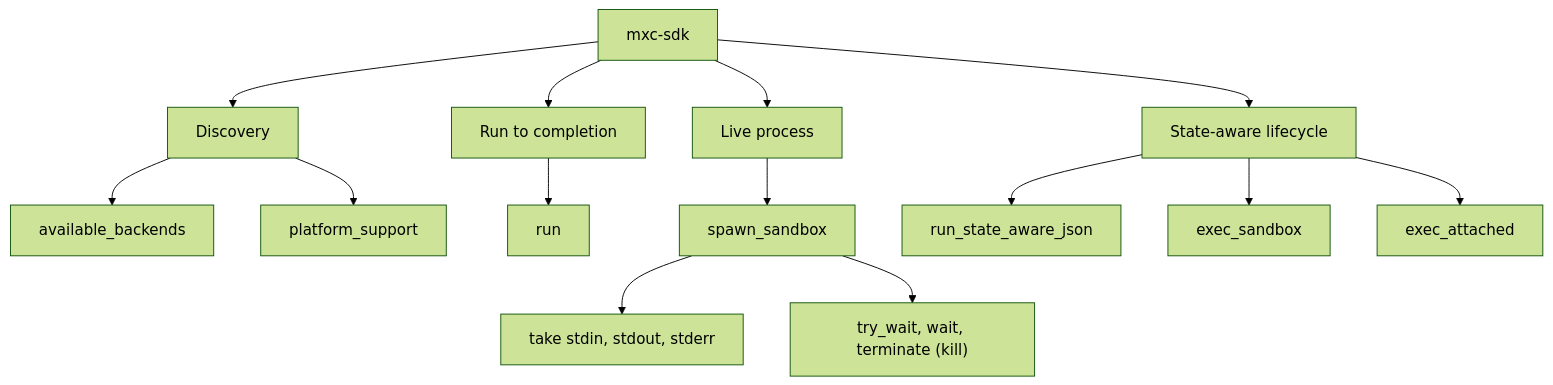
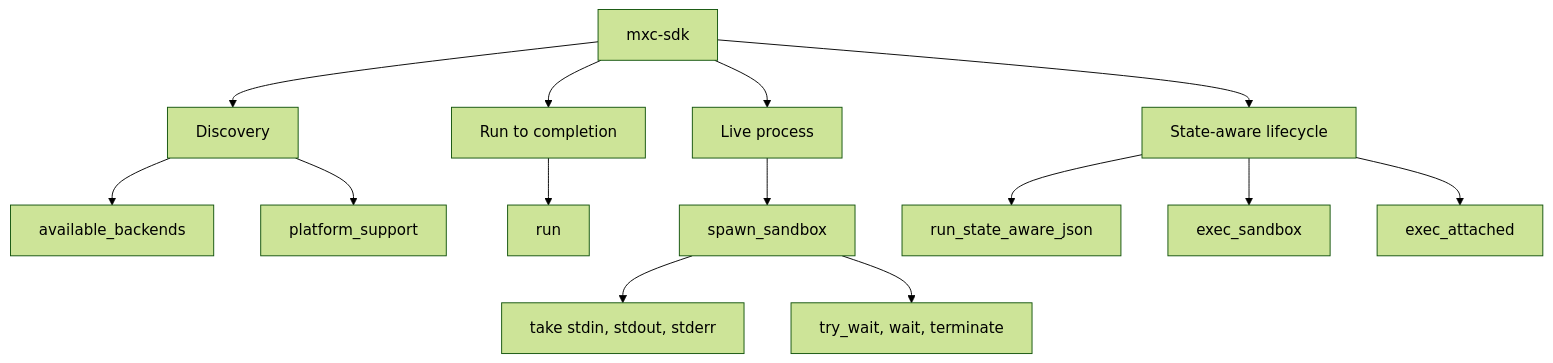
One commit to microsoft/mxc changed the second of 3 diagrams in docs/designs/SDK/rust-sdk-architecture.md. Above: the diagram before and after it, drawn with Mermaid (forest theme). The commit also changed other lines of this file and 2 other files, not shown here.

````diff
--- a/docs/designs/SDK/rust-sdk-architecture.md
+++ b/docs/designs/SDK/rust-sdk-architecture.md
@@ -47,17 +47,17 @@
 ```mermaid
 flowchart TD
     S[mxc-sdk]
     S --> D[Discovery]
     S --> R[Run to completion]
     S --> P[Live process]
     S --> A[State-aware lifecycle]
     D --> D1[available_backends]
     D --> D2[platform_support]
     R --> R1[run]
     P --> P1[spawn_sandbox]
     P1 --> P2[take stdin, stdout, stderr]
-    P1 --> P3["try_wait, wait, terminate (kill)"]
+    P1 --> P3["try_wait, wait, terminate"]
     A --> A1[run_state_aware_json]
     A --> A2[exec_sandbox]
     A --> A3[exec_attached]
 ```
````
